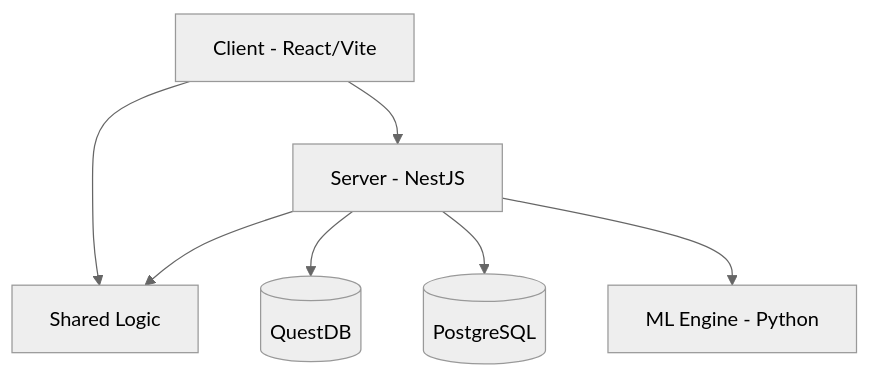
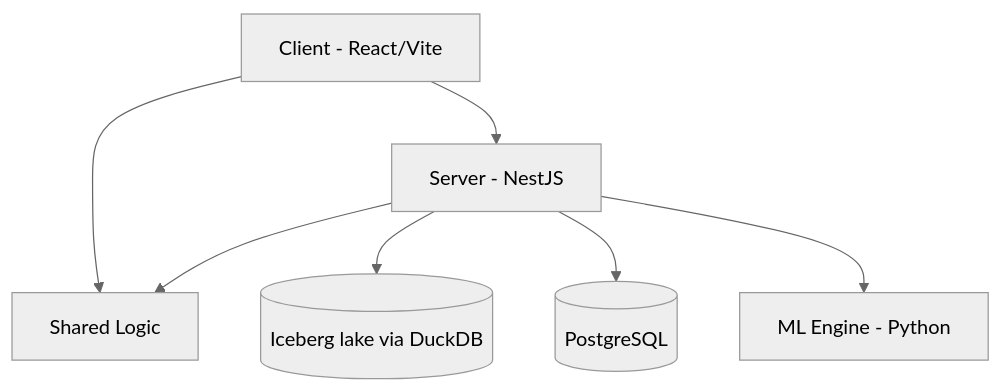
Before and after one commit to Outtsett/ml_dashboard: the diagram in ARCHITECTURE.md, drawn with Mermaid (neutral theme). The commit also changed other lines of this file and 76 other files, not shown here.

````diff
--- a/ARCHITECTURE.md
+++ b/ARCHITECTURE.md
@@ -15,9 +15,9 @@
 ```mermaid
 graph TD
     UI[Client - React/Vite] --> API[Server - NestJS]
     UI --> Shared[Shared Logic]
     API --> Shared
-    API --> QuestDB[(QuestDB)]
+    API --> Lake[(Iceberg lake via DuckDB)]
     API --> PG[(PostgreSQL)]
     API --> ML[ML Engine - Python]
 ```
````
